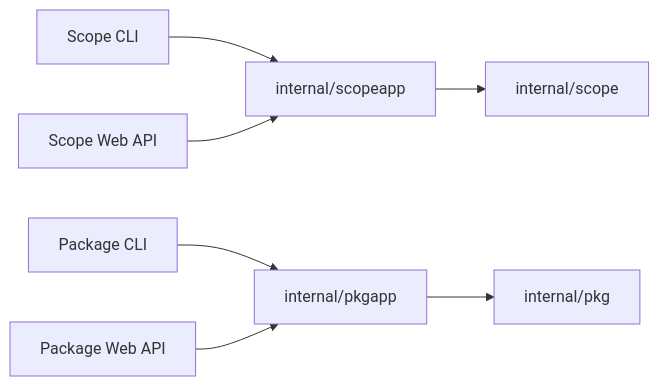
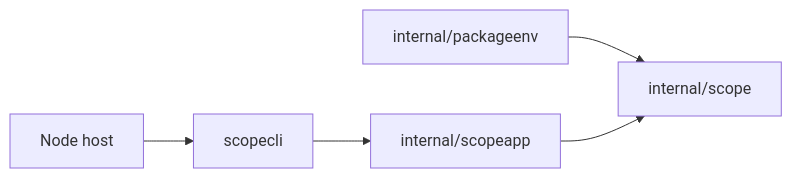
The diagram in documents/design/protocol/CORE_API.md (SWdrift/locus-scope), drawn with Mermaid before and after one commit. The commit also changed other lines of this file and 26 other files, not shown here.

````diff
--- a/documents/design/protocol/CORE_API.md
+++ b/documents/design/protocol/CORE_API.md
@@ -13,18 +13,13 @@
 ```mermaid
 flowchart LR
-    SC[Scope CLI]
-    SW[Scope Web API]
-    SA[internal/scopeapp]
-    SD[internal/scope]
-    PC[Package CLI]
-    PW[Package Web API]
-    PA[internal/pkgapp]
-    PD[internal/pkg]
+    CLI[scopecli]
+    HOST[Node host]
+    APP[internal/scopeapp]
+    DOMAIN[internal/scope]
+    ENV[internal/packageenv]
 
-    SC --> SA
-    SW --> SA
-    SA --> SD
-    PC --> PA
-    PW --> PA
-    PA --> PD
+    CLI --> APP
+    HOST --> CLI
+    ENV --> DOMAIN
+    APP --> DOMAIN
 ```
````
